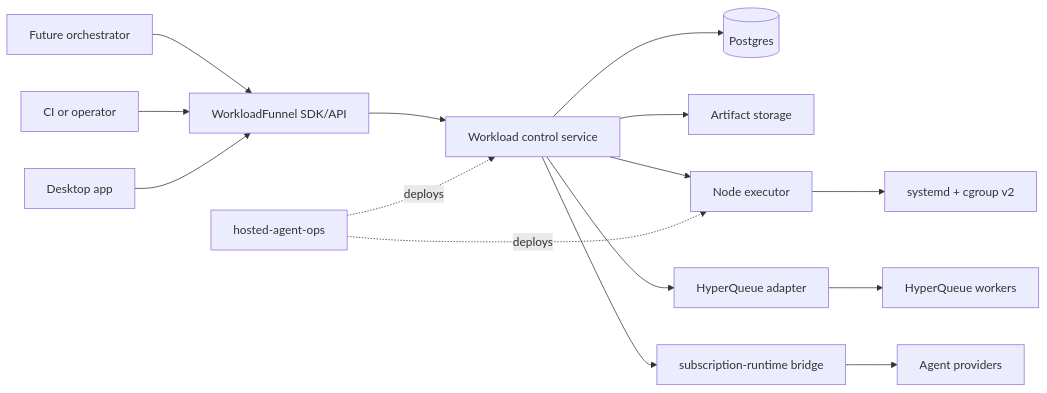
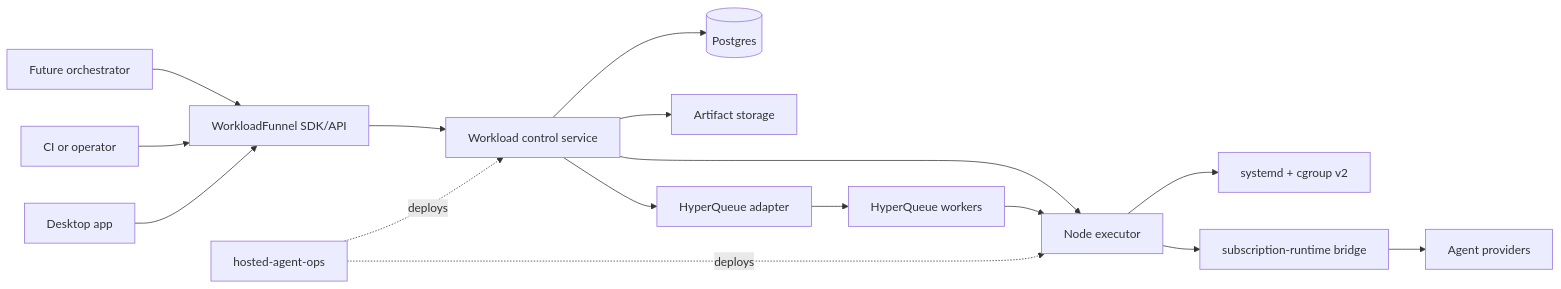
Before and after one commit to 777genius/workload-funnel: the first of 3 diagrams in docs/workload-funnel-architecture-plan.md, drawn with Mermaid. The commit also changed other lines of this file and 1 other file, not shown here.

Commit message:
docs: harden WorkloadFunnel architecture plan

````diff
--- a/docs/workload-funnel-architecture-plan.md
+++ b/docs/workload-funnel-architecture-plan.md
@@ -265,17 +271,18 @@
 ```mermaid
 flowchart LR
     O["Future orchestrator"] --> SDK["WorkloadFunnel SDK/API"]
     CI["CI or operator"] --> SDK
     D["Desktop app"] --> SDK
     SDK --> CP["Workload control service"]
     CP --> PG[("Postgres")]
     CP --> AS["Artifact storage"]
     CP --> N["Node executor"]
     CP --> HQ["HyperQueue adapter"]
-    CP --> SR["subscription-runtime bridge"]
     N --> SD["systemd + cgroup v2"]
     HQ --> HW["HyperQueue workers"]
+    HW --> N
+    N --> SR["subscription-runtime bridge"]
     SR --> AP["Agent providers"]
     OPS["hosted-agent-ops"] -. deploys .-> CP
     OPS -. deploys .-> N
 ```
````
